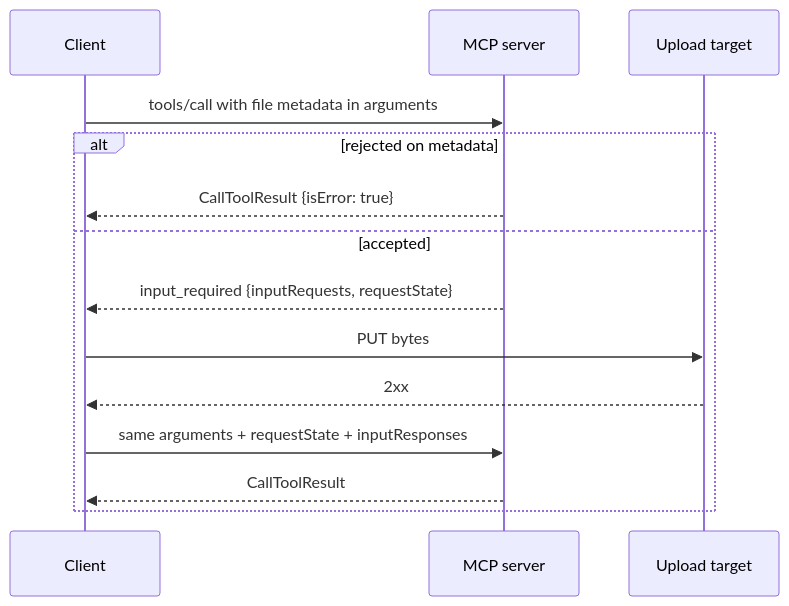
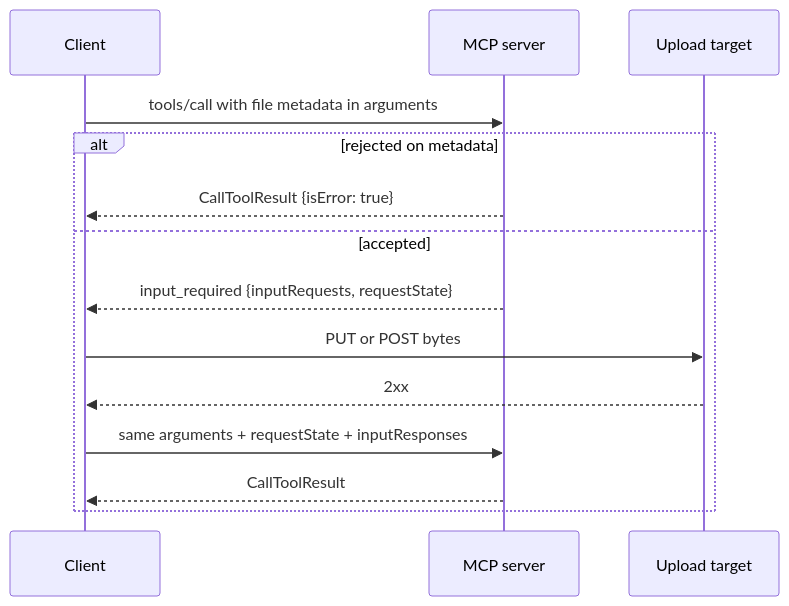
One commit to modelcontextprotocol/experimental-ext-file-uploads changed the diagram in specification/draft/file-uploads.md. Above: the diagram before and after it, drawn with Mermaid. The commit also changed other lines of this file and 1 other file, not shown here.

````diff
--- a/specification/draft/file-uploads.md
+++ b/specification/draft/file-uploads.md
@@ -145,17 +244,17 @@
 ```mermaid
 sequenceDiagram
     participant C as Client
     participant S as MCP server
     participant T as Upload target
 
     C->>S: tools/call with file metadata in arguments
     alt rejected on metadata
         S-->>C: CallToolResult {isError: true}
     else accepted
         S-->>C: input_required {inputRequests, requestState}
-        C->>T: PUT bytes
+        C->>T: PUT or POST bytes
         T-->>C: 2xx
         C->>S: same arguments + requestState + inputResponses
         S-->>C: CallToolResult
     end
 ```
````
